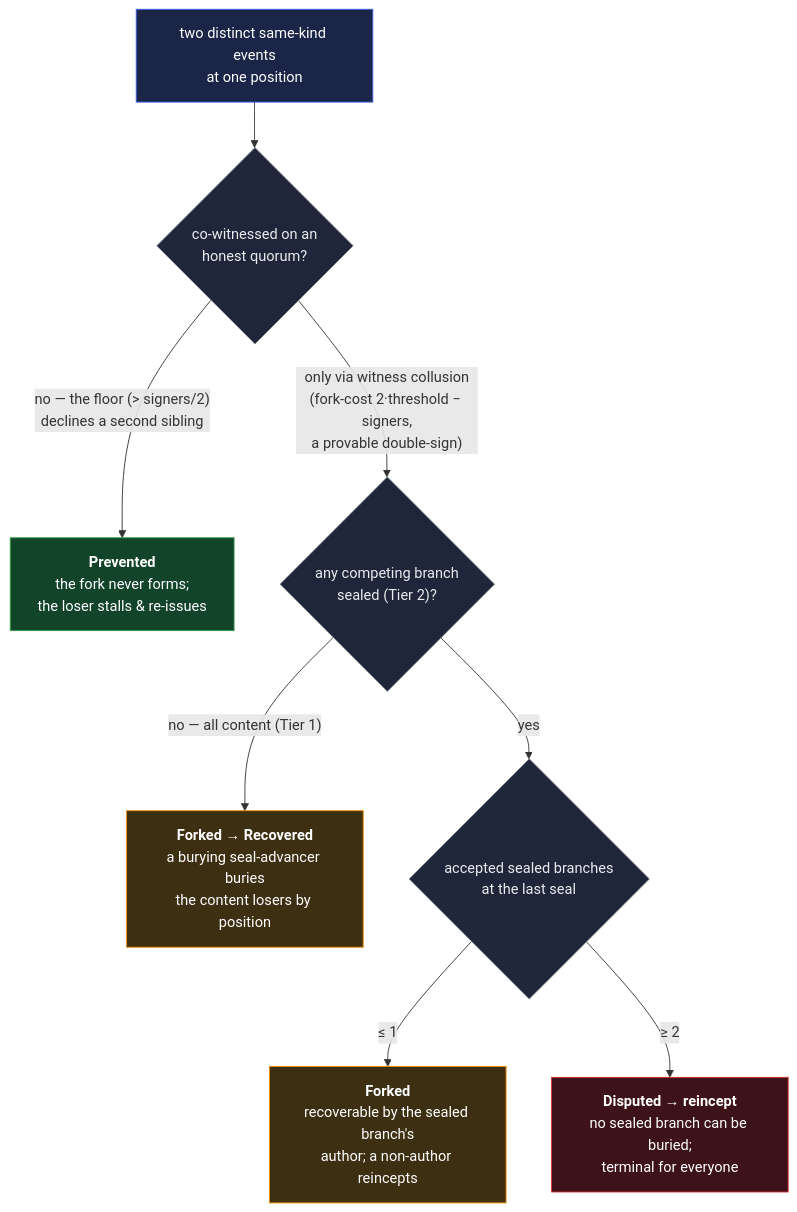
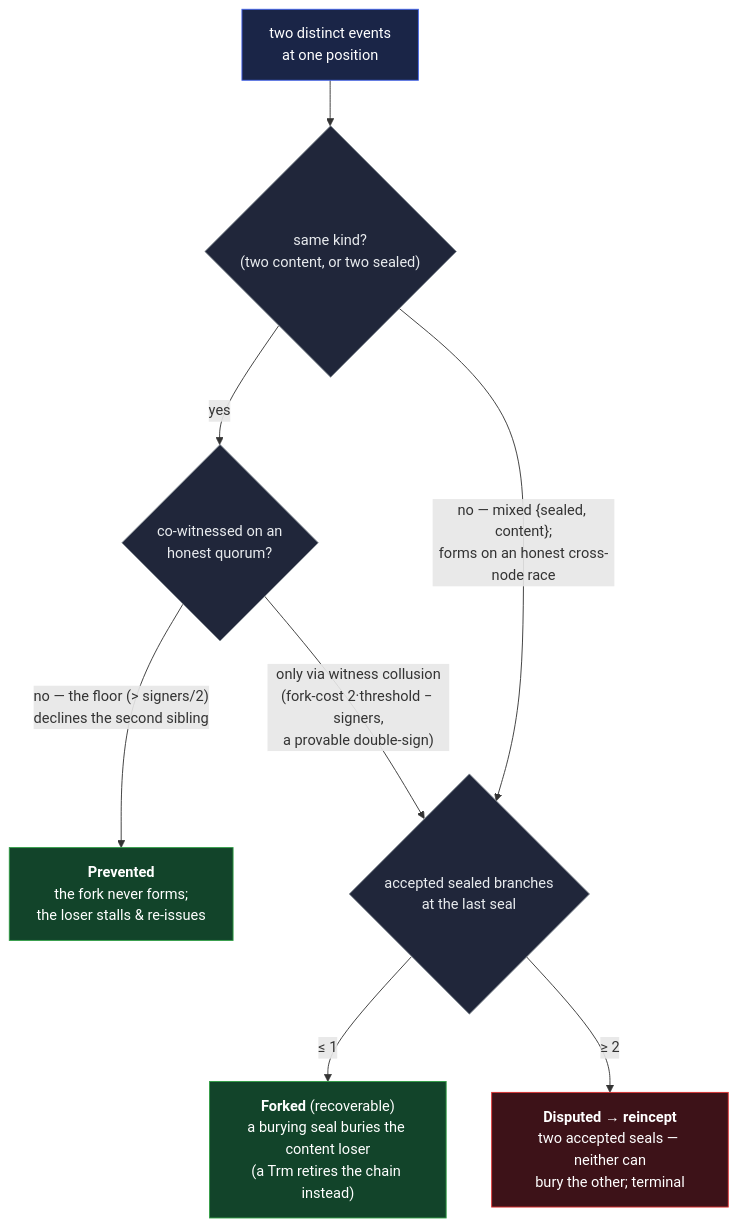
The diagram in docs/design/system-thesis.md (jasoncolburne/vdti), drawn with Mermaid before and after one commit. The commit also changed other lines of this file and 3 other files, not shown here.

````diff
--- a/docs/design/system-thesis.md
+++ b/docs/design/system-thesis.md
@@ -65,16 +69,15 @@
 ```mermaid
 flowchart TD
-  A["two distinct same-kind events<br/>at one position"]:::start
-  A --> B{"co-witnessed on an<br/>honest quorum?"}:::q
-  B -->|"no — the floor (&gt; signers/2)<br/>declines a second sibling"| P["<b>Prevented</b><br/>the fork never forms;<br/>the loser stalls &amp; re-issues"]:::good
-  B -->|"only via witness collusion<br/>(fork-cost 2·threshold − signers,<br/>a provable double-sign)"| C{"any competing branch<br/>sealed (Tier 2)?"}:::q
-  C -->|"no — all content (Tier 1)"| F["<b>Forked → Recovered</b><br/>a burying seal-advancer buries<br/>the content losers by position"]:::mid
-  C -->|yes| D{"accepted sealed branches<br/>at the last seal"}:::q
-  D -->|"≤ 1"| F2["<b>Forked</b><br/>recoverable by the sealed branch's<br/>author; a non-author reincepts"]:::mid
-  D -->|"≥ 2"| X["<b>Disputed → reincept</b><br/>no sealed branch can be buried;<br/>terminal for everyone"]:::bad
+  A["two distinct events<br/>at one position"]:::start
+  A --> K{"same kind?<br/>(two content, or two sealed)"}:::q
+  K -->|"yes"| HQ{"co-witnessed on an<br/>honest quorum?"}:::q
+  HQ -->|"no — the floor (&gt; signers/2)<br/>declines the second sibling"| P["<b>Prevented</b><br/>the fork never forms;<br/>the loser stalls &amp; re-issues"]:::good
+  HQ -->|"only via witness collusion<br/>(fork-cost 2·threshold − signers,<br/>a provable double-sign)"| N{"accepted sealed branches<br/>at the last seal"}:::q
+  K -->|"no — mixed {sealed, content};<br/>forms on an honest cross-node race"| N
+  N -->|"≤ 1"| F["<b>Forked</b> (recoverable)<br/>a burying seal buries the content loser<br/>(a Trm retires the chain instead)"]:::good
+  N -->|"≥ 2"| X["<b>Disputed → reincept</b><br/>two accepted seals — neither can<br/>bury the other; terminal"]:::bad
   classDef start fill:#1a2547,stroke:#4263eb,color:#fff
   classDef q fill:#20263a,stroke:#868e96,color:#e9ecef
   classDef good fill:#12442a,stroke:#2f9e44,color:#fff
-  classDef mid fill:#3d2f12,stroke:#f08c00,color:#fff
   classDef bad fill:#3d1218,stroke:#e03131,color:#fff
 ```
````
